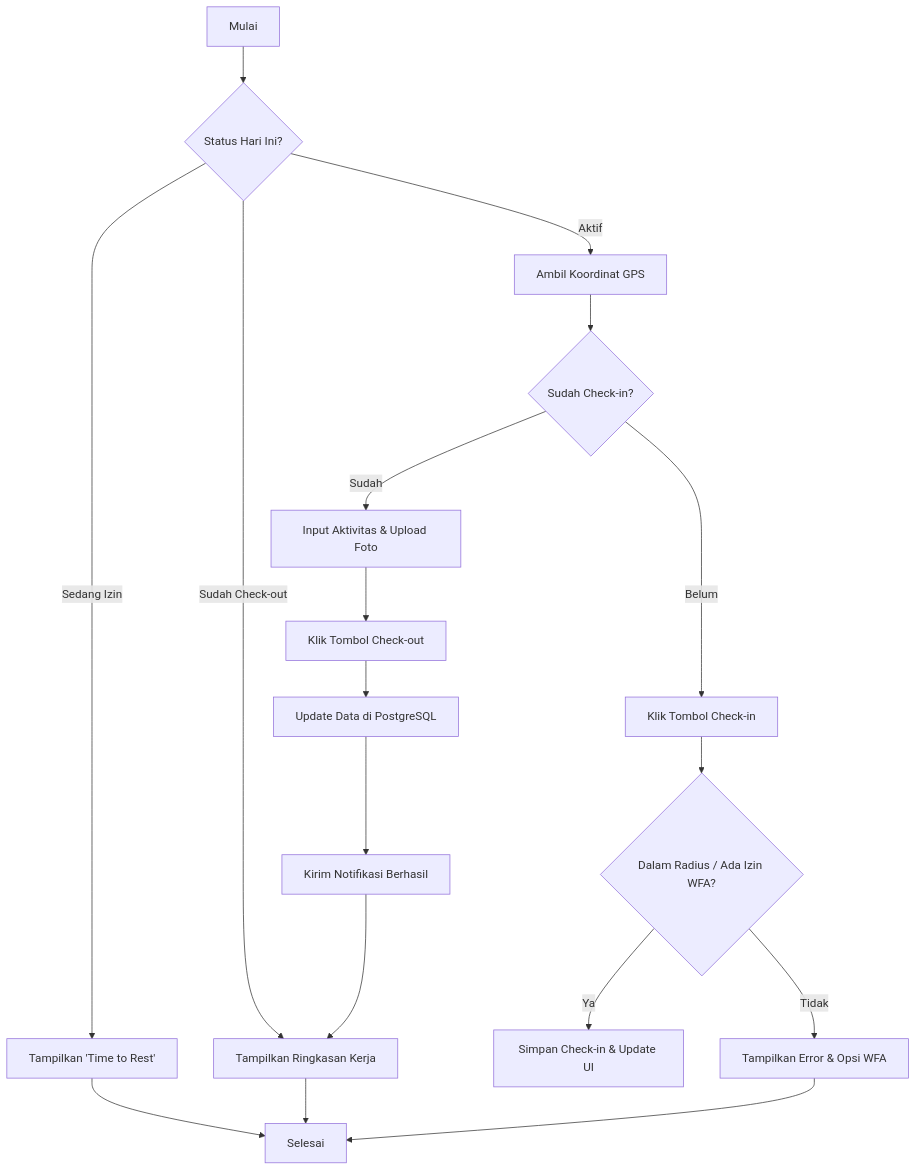
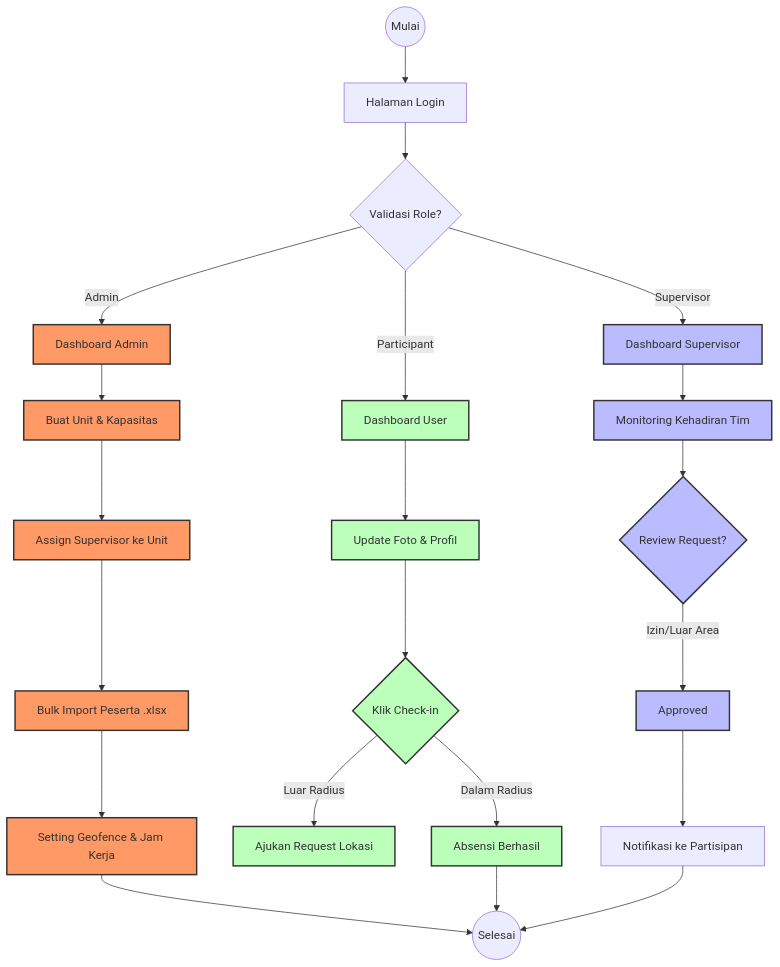
One commit to alfiansych12/telu-main changed the diagram in docs/ppl/Flowchart.md. Above: the diagram before and after it, drawn with Mermaid. The commit also changed other lines of this file and 169 other files, not shown here.

````diff
--- a/docs/ppl/Flowchart.md
+++ b/docs/ppl/Flowchart.md
@@ -57,23 +10,40 @@
 ```mermaid
 graph TD
-    A[Mulai] --> B{Status Hari Ini?}
-    B -- Sedang Izin --> C[Tampilkan 'Time to Rest']
-    B -- Sudah Check-out --> D[Tampilkan Ringkasan Kerja]
-    B -- Aktif --> E[Ambil Koordinat GPS]
+    %% Styling
+    classDef admin fill:#f96,stroke:#333,stroke-width:2px;
+    classDef super fill:#bbf,stroke:#333,stroke-width:2px;
+    classDef part fill:#bfb,stroke:#333,stroke-width:2px;
+
+    Start((Mulai)) --> Login[Halaman Login]
+    Login --> Auth{Validasi Role?}
     
-    E --> F{Sudah Check-in?}
-    F -- Belum --> G[Klik Tombol Check-in]
-    G --> H{Dalam Radius / Ada Izin WFA?}
-    H -- Ya --> I[Simpan Check-in & Update UI]
-    H -- Tidak --> J[Tampilkan Error & Opsi WFA]
+    %% Alur Admin
+    Auth -- Admin --> AdminDB[Dashboard Admin]
+    AdminDB --> SetupUnit[Buat Unit & Kapasitas]
+    SetupUnit --> AssignSuper[Assign Supervisor ke Unit]
+    AssignSuper --> ImportData[Bulk Import Peserta .xlsx]
+    ImportData --> AdminRule[Setting Geofence & Jam Kerja]
     
-    F -- Sudah --> K[Input Aktivitas & Upload Foto]
-    K --> L[Klik Tombol Check-out]
-    L --> M[Update Data di PostgreSQL]
-    M --> N[Kirim Notifikasi Berhasil]
-    N --> D
+    %% Alur Participant
+    Auth -- Participant --> PartDB[Dashboard User]
+    PartDB --> Profile[Update Foto & Profil]
+    Profile --> Attend{Klik Check-in}
+    Attend -- Luar Radius --> ReqLoc[Ajukan Request Lokasi]
+    Attend -- Dalam Radius --> Success[Absensi Berhasil]
     
-    C --> O[Selesai]
-    D --> O
-    J --> O
+    %% Alur Supervisor
+    Auth -- Supervisor --> SuperDB[Dashboard Supervisor]
+    SuperDB --> Monitor[Monitoring Kehadiran Tim]
+    Monitor --> Approval{Review Request?}
+    Approval -- Izin/Luar Area --> Accept[Approved]
+    Accept --> Notify[Notifikasi ke Partisipan]
+    
+    %% Akhir
+    AdminRule --> End((Selesai))
+    Success --> End
+    Notify --> End
+
+    class AdminDB,SetupUnit,AssignSuper,ImportData,AdminRule admin;
+    class SuperDB,Monitor,Approval,Accept super;
+    class PartDB,Profile,Attend,ReqLoc,Success part;
 ```
````
